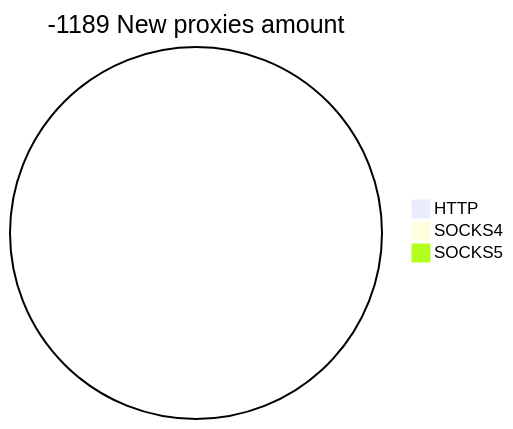
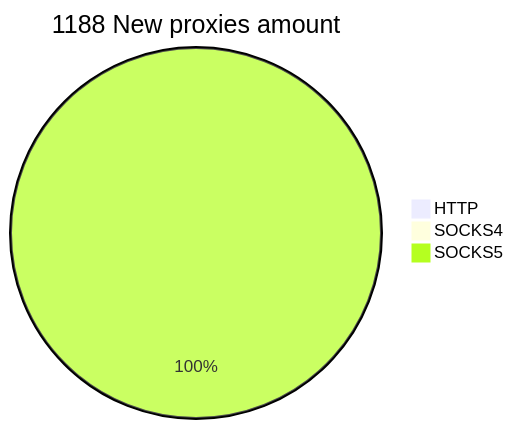
The second of 2 diagrams in README.md (cutipu/proxylist), drawn with Mermaid before and after one commit. The commit also changed other lines of this file, not shown here.

````diff
--- a/README.md
+++ b/README.md
@@ -10,6 +10,6 @@
 ```mermaid
-pie title -1189 New proxies amount
+pie title 1188 New proxies amount
     "HTTP" : 0
-    "SOCKS4" : 0
-    "SOCKS5" : 0
+    "SOCKS4" : 1
+    "SOCKS5" : 1187
 ```
````
